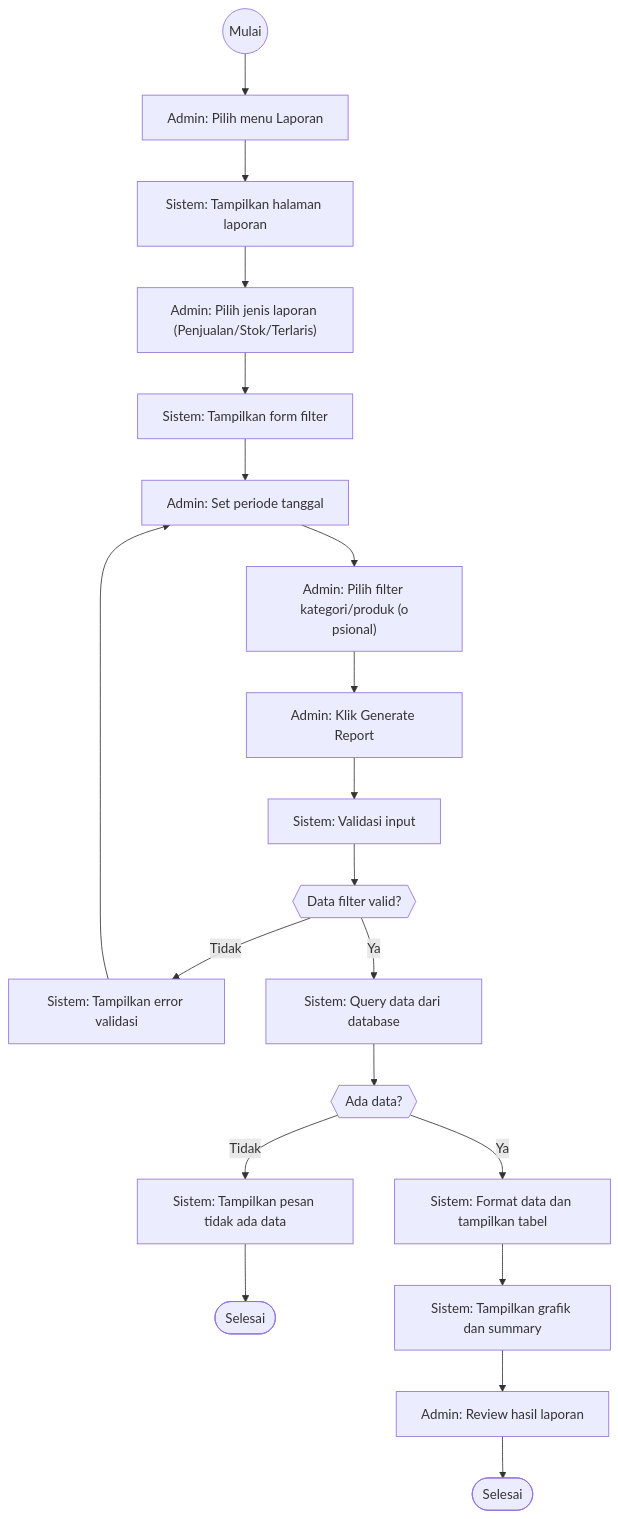
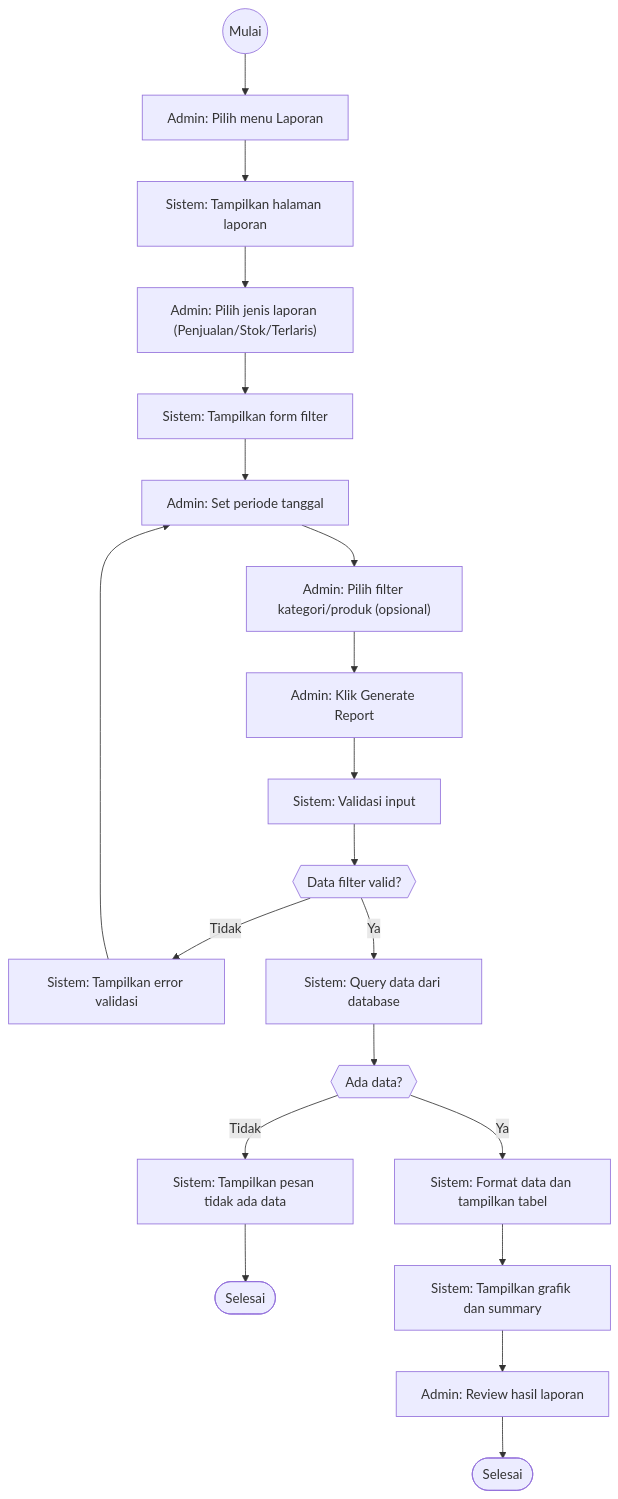
Before and after one commit to devWebs01/POS-DW: diagram 20 of 40 in docs/4.2-perancangan-sistem.md, drawn with Mermaid. The commit also changed other lines of this file, not shown here.

First line of the commit message:
fix: repair 14 broken mermaid diagrams (split arrows & multiline labels)

````diff
--- a/docs/4.2-perancangan-sistem.md
+++ b/docs/4.2-perancangan-sistem.md
@@ -1519,33 +1511,32 @@
 ```mermaid
 flowchart TD
   start((Mulai))
   A_A["Admin: Pilih menu Laporan"]
   start --> A_A
   S_A["Sistem: Tampilkan halaman laporan"]
   A_A --> S_A
   A_B["Admin: Pilih jenis laporan (Penjualan/Stok/Terlaris)"]
   S_A --> A_B
   S_B["Sistem: Tampilkan form filter"]
   A_B --> S_B
   A_C["Admin: Set periode tanggal"]
   S_B --> A_C
-  A_D["Admin: Pilih filter kategori/produk (o
-psional)"]
+  A_D["Admin: Pilih filter kategori/produk (opsional)"]
   A_C --> A_D
   A_E["Admin: Klik Generate Report"]
   A_D --> A_E
   S_C["Sistem: Validasi input"]
   A_E --> S_C
   D_A{{"Data filter valid?"}}
   S_C --> D_A
   D_A -->|Tidak| E_A["Sistem: Tampilkan error validasi"]
   E_A --> A_C
   D_A -->|Ya| S_D["Sistem: Query data dari database"]
   S_D --> D_B{{"Ada data?"}}
   D_B -->|Tidak| E_B["Sistem: Tampilkan pesan tidak ada data"]
   E_B --> end_empty([Selesai])
   D_B -->|Ya| S_E["Sistem: Format data dan tampilkan tabel"]
   S_E --> S_F["Sistem: Tampilkan grafik dan summary"]
   S_F --> A_F["Admin: Review hasil laporan"]
   A_F --> end_success([Selesai])
 ```
````
